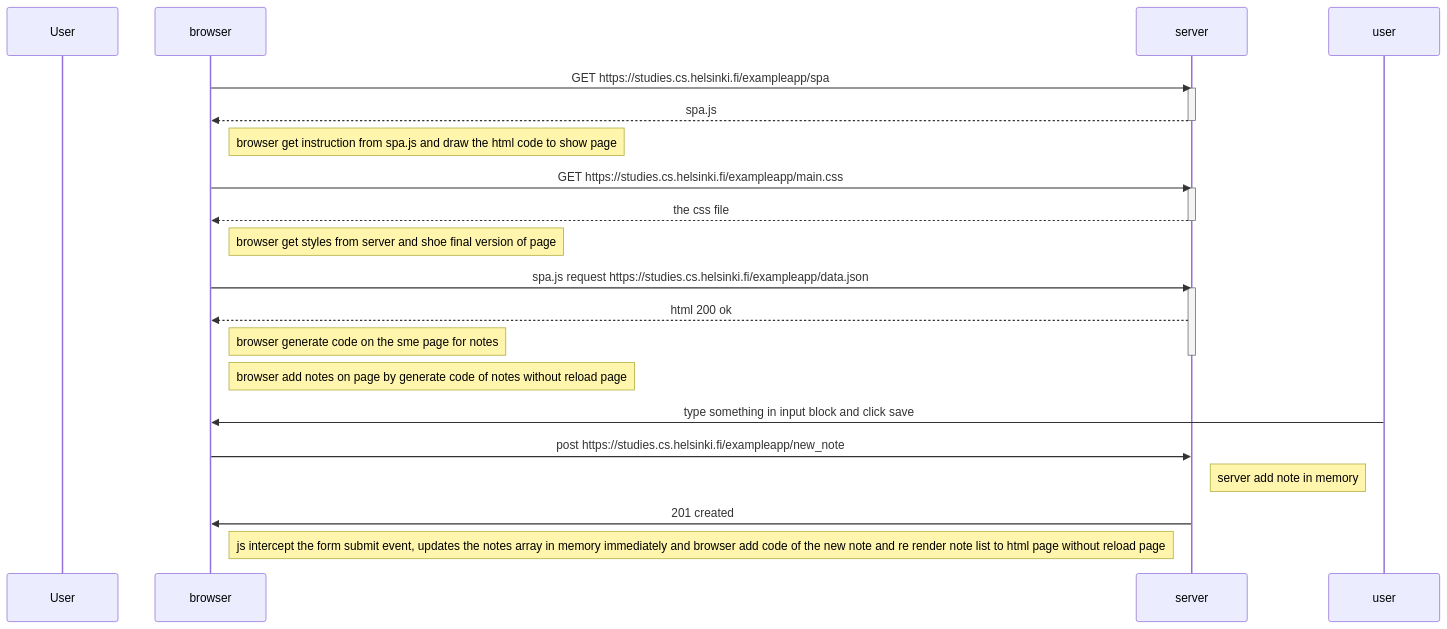
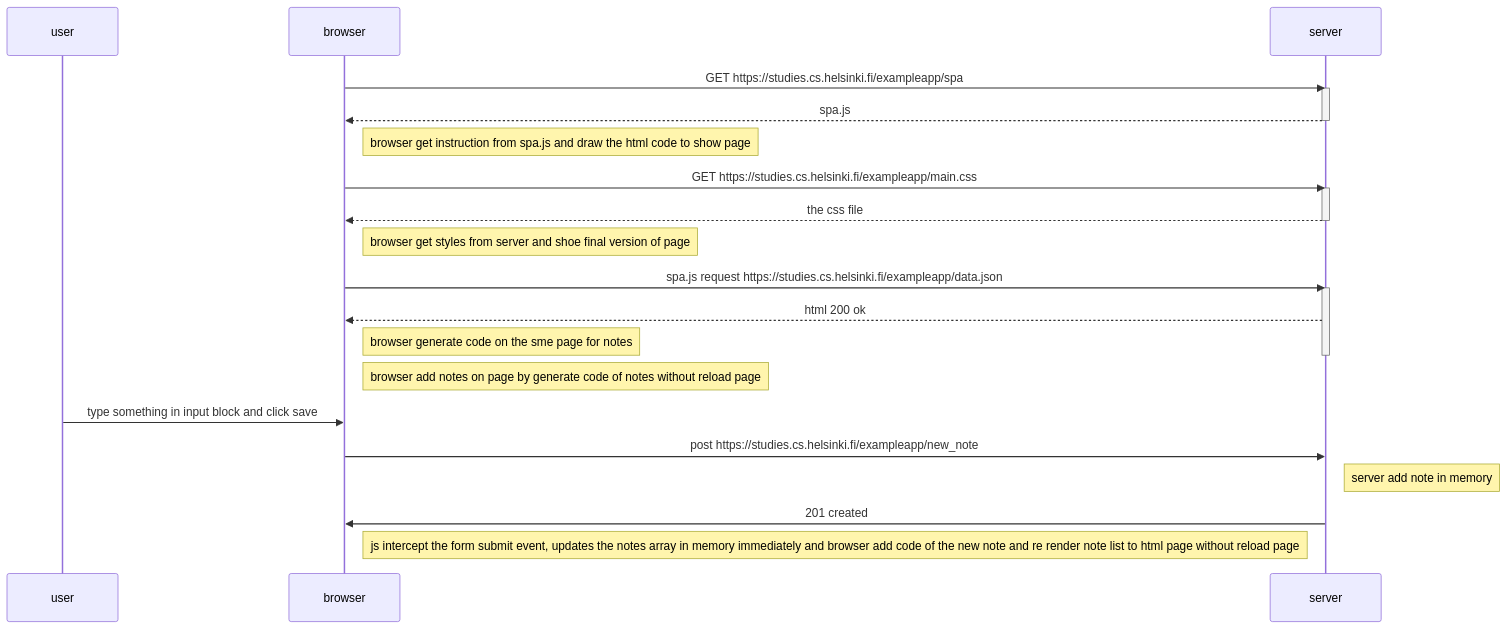
The diagram in part0/diagram6.md (bruhanovaolga940-cmd/fullstackopen), drawn with Mermaid before and after one commit.

````diff
--- a/part0/diagram6.md
+++ b/part0/diagram6.md
@@ -1,35 +1,35 @@
 ```mermaid
 sequenceDiagram
-    participant User
+    participant user
     participant browser
     participant server
 
     browser->>server: GET https://studies.cs.helsinki.fi/exampleapp/spa
     activate server
     server-->>browser: spa.js
     deactivate server
     Note right of browser: browser get instruction from spa.js and draw the html code to show page
 
     browser->>server: GET https://studies.cs.helsinki.fi/exampleapp/main.css
     activate server
     server-->>browser: the css file
     deactivate server
 
     Note right of browser: browser get styles from server and shoe final version of page
 
     browser->>server:spa.js request https://studies.cs.helsinki.fi/exampleapp/data.json
     activate server
     server-->>browser: html 200 ok
     Note right of browser: browser generate code on the sme page for notes
     deactivate server
 
     Note right of browser: browser add notes on page by generate code of notes without reload page
 
     user->>browser: type something in input block and click save
     browser->>server: post https://studies.cs.helsinki.fi/exampleapp/new_note
     Note right of server: server add note in memory
     server->>browser: 201 created
 
     Note right of browser: js intercept the form submit event, updates the notes array in memory immediately and browser add code of the new note and re render note list to html page without reload page
 
 ```
````
